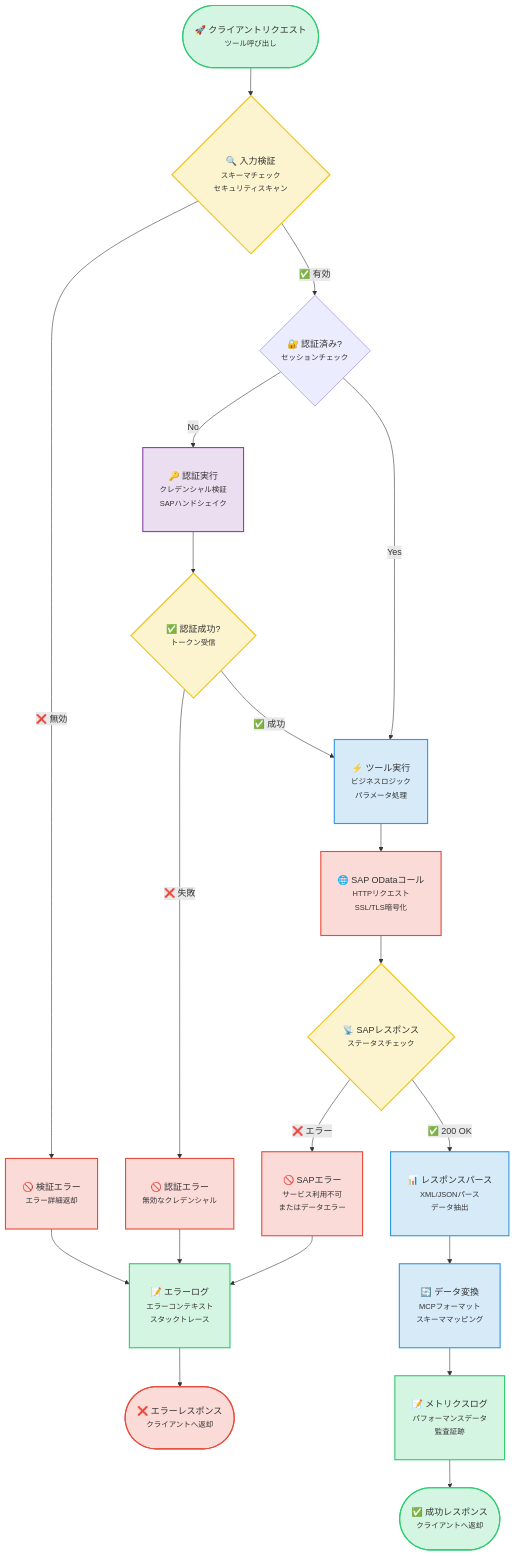
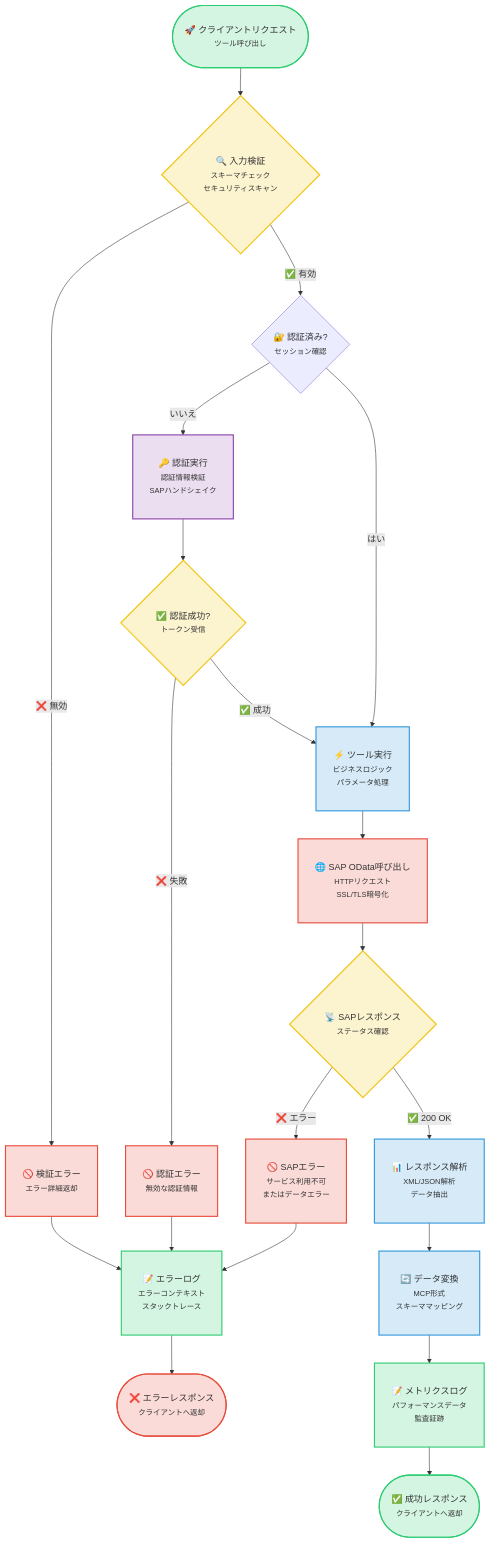
The fourth of 5 diagrams in README.ja.md (midasol/sap-mcp-server), drawn with Mermaid before and after one commit. The commit also changed other lines of this file and 7 other files, not shown here.

````diff
--- a/README.ja.md
+++ b/README.ja.md
@@ -284,54 +363,54 @@
 ```mermaid
 flowchart TD
     Start([🚀 クライアントリクエスト<br/><small>ツール呼び出し</small>])
 
     Start --> Validate{🔍 入力検証<br/><small>スキーマチェック</small><br/><small>セキュリティスキャン</small>}
 
     Validate -->|❌ 無効| Error1[🚫 検証エラー<br/><small>エラー詳細返却</small>]
-    Validate -->|✅ 有効| Auth{🔐 認証済み?<br/><small>セッションチェック</small>}
+    Validate -->|✅ 有効| Auth{🔐 認証済み?<br/><small>セッション確認</small>}
 
-    Auth -->|No| DoAuth[🔑 認証実行<br/><small>クレデンシャル検証</small><br/><small>SAPハンドシェイク</small>]
+    Auth -->|いいえ| DoAuth[🔑 認証実行<br/><small>認証情報検証</small><br/><small>SAPハンドシェイク</small>]
     DoAuth --> AuthCheck{✅ 認証成功?<br/><small>トークン受信</small>}
 
-    AuthCheck -->|❌ 失敗| Error2[🚫 認証エラー<br/><small>無効なクレデンシャル</small>]
+    AuthCheck -->|❌ 失敗| Error2[🚫 認証エラー<br/><small>無効な認証情報</small>]
     AuthCheck -->|✅ 成功| Execute
 
-    Auth -->|Yes| Execute[⚡ ツール実行<br/><small>ビジネスロジック</small><br/><small>パラメータ処理</small>]
+    Auth -->|はい| Execute[⚡ ツール実行<br/><small>ビジネスロジック</small><br/><small>パラメータ処理</small>]
 
-    Execute --> SAPCall[🌐 SAP ODataコール<br/><small>HTTPリクエスト</small><br/><small>SSL/TLS暗号化</small>]
+    Execute --> SAPCall[🌐 SAP OData呼び出し<br/><small>HTTPリクエスト</small><br/><small>SSL/TLS暗号化</small>]
 
-    SAPCall --> SAPCheck{📡 SAPレスポンス<br/><small>ステータスチェック</small>}
+    SAPCall --> SAPCheck{📡 SAPレスポンス<br/><small>ステータス確認</small>}
 
     SAPCheck -->|❌ エラー| Error3[🚫 SAPエラー<br/><small>サービス利用不可</small><br/><small>またはデータエラー</small>]
-    SAPCheck -->|✅ 200 OK| Parse[📊 レスポンスパース<br/><small>XML/JSONパース</small><br/><small>データ抽出</small>]
+    SAPCheck -->|✅ 200 OK| Parse[📊 レスポンス解析<br/><small>XML/JSON解析</small><br/><small>データ抽出</small>]
 
-    Parse --> Transform[🔄 データ変換<br/><small>MCPフォーマット</small><br/><small>スキーママッピング</small>]
+    Parse --> Transform[🔄 データ変換<br/><small>MCP形式</small><br/><small>スキーママッピング</small>]
 
     Transform --> Log[📝 メトリクスログ<br/><small>パフォーマンスデータ</small><br/><small>監査証跡</small>]
 
     Log --> Success([✅ 成功レスポンス<br/><small>クライアントへ返却</small>])
 
     Error1 & Error2 & Error3 --> LogError[📝 エラーログ<br/><small>エラーコンテキスト</small><br/><small>スタックトレース</small>]
 
     LogError --> End([❌ エラーレスポンス<br/><small>クライアントへ返却</small>])
 
     classDef startNode fill:#D5F5E3,stroke:#2ECC71,stroke-width:2px,padding:18px
     classDef decisionNode fill:#FCF3CF,stroke:#F1C40F,stroke-width:2px,padding:18px
     classDef authNode fill:#EBDEF0,stroke:#8E44AD,stroke-width:2px,padding:18px
     classDef processNode fill:#D6EAF8,stroke:#3498DB,stroke-width:2px,padding:18px
     classDef sapNode fill:#FADBD8,stroke:#E74C3C,stroke-width:2px,padding:18px
     classDef errorNode fill:#FADBD8,stroke:#E74C3C,stroke-width:2px,padding:18px
     classDef logNode fill:#D5F5E3,stroke:#2ECC71,stroke-width:2px,padding:18px
     classDef successNode fill:#D5F5E3,stroke:#2ECC71,stroke-width:2px,padding:18px
     classDef endNode fill:#FADBD8,stroke:#E74C3C,stroke-width:2px,padding:18px
 
     class Start startNode
     class Validate,SAPCheck,AuthCheck decisionNode
     class DoAuth authNode
     class Execute,Parse,Transform processNode
     class SAPCall sapNode
     class Error1,Error2,Error3 errorNode
     class Log,LogError logNode
     class Success successNode
     class End endNode
 ```
````
